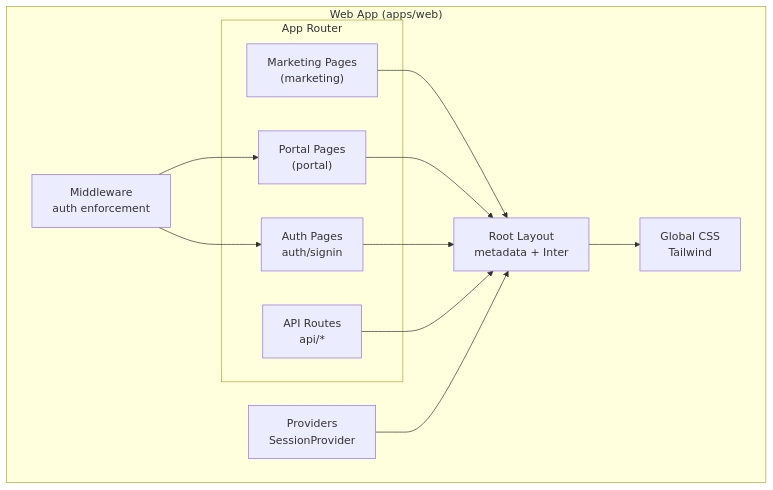
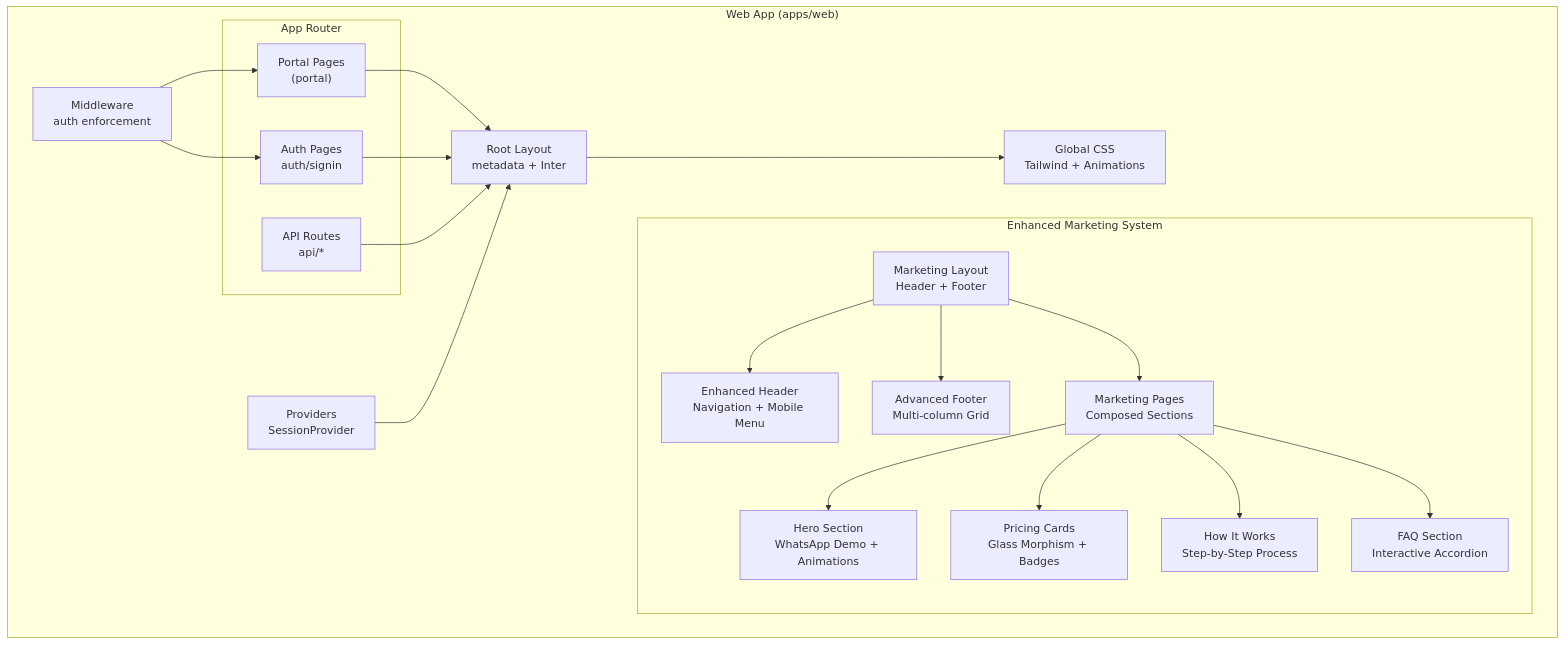
Before and after one commit to askchiwa-spec/FLOW-HQ-BOT: the first of 14 diagrams in .qoder/repowiki/en/content/Frontend Application/Application Architecture.md, drawn with Mermaid. The commit also changed other lines of this file and 11 other files, not shown here.

````diff
--- a/.qoder/repowiki/en/content/Frontend Application/Application Architecture.md
+++ b/.qoder/repowiki/en/content/Frontend Application/Application Architecture.md
@@ -47,23 +66,38 @@
 ```mermaid
 graph TB
 subgraph "Web App (apps/web)"
+subgraph "Enhanced Marketing System"
+MktLayout["Marketing Layout<br/>Header + Footer"]
+Header["Enhanced Header<br/>Navigation + Mobile Menu"]
+Footer["Advanced Footer<br/>Multi-column Grid"]
+Hero["Hero Section<br/>WhatsApp Demo + Animations"]
+Pricing["Pricing Cards<br/>Glass Morphism + Badges"]
+HowIt["How It Works<br/>Step-by-Step Process"]
+FAQ["FAQ Section<br/>Interactive Accordion"]
+MktPages["Marketing Pages<br/>Composed Sections"]
+end
 subgraph "App Router"
-Mkt["Marketing Pages<br/>(marketing)"]
 Portal["Portal Pages<br/>(portal)"]
 Auth["Auth Pages<br/>auth/signin"]
 API["API Routes<br/>api/*"]
 end
 MW["Middleware<br/>auth enforcement"]
 Prov["Providers<br/>SessionProvider"]
 Layout["Root Layout<br/>metadata + Inter"]
-CSS["Global CSS<br/>Tailwind"]
+CSS["Global CSS<br/>Tailwind + Animations"]
 end
-Mkt --> Layout
+MktLayout --> Header
+MktLayout --> Footer
+MktLayout --> MktPages
+MktPages --> Hero
+MktPages --> Pricing
+MktPages --> HowIt
+MktPages --> FAQ
 Portal --> Layout
 Auth --> Layout
 API --> Layout
 MW --> Portal
 MW --> Auth
 Prov --> Layout
 Layout --> CSS
 ```
````
